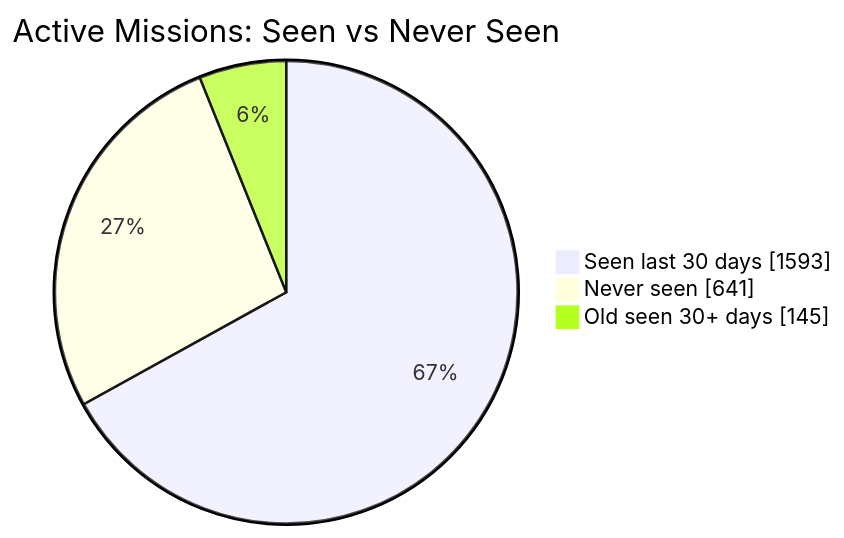
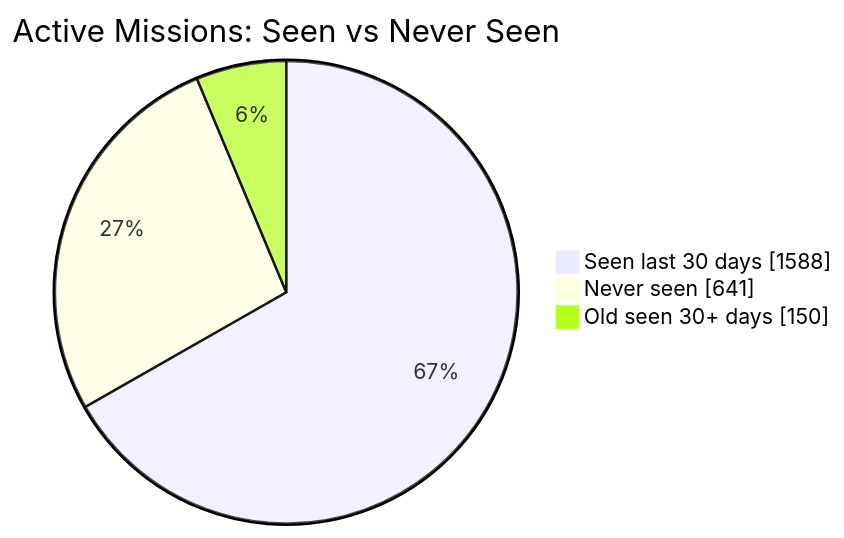
The first of 2 diagrams in README.md (MeldkamerspelGameTeam/active-missions), drawn with Mermaid before and after one commit. The commit also changed other lines of this file and 3 other files, not shown here.

````diff
--- a/README.md
+++ b/README.md
@@ -34,7 +34,7 @@
 ```mermaid
 pie showData
     title Active Missions: Seen vs Never Seen
-    "Seen last 30 days" : 1593
+    "Seen last 30 days" : 1588
     "Never seen" : 641
-    "Old seen 30+ days" : 145
+    "Old seen 30+ days" : 150
 ```
````
